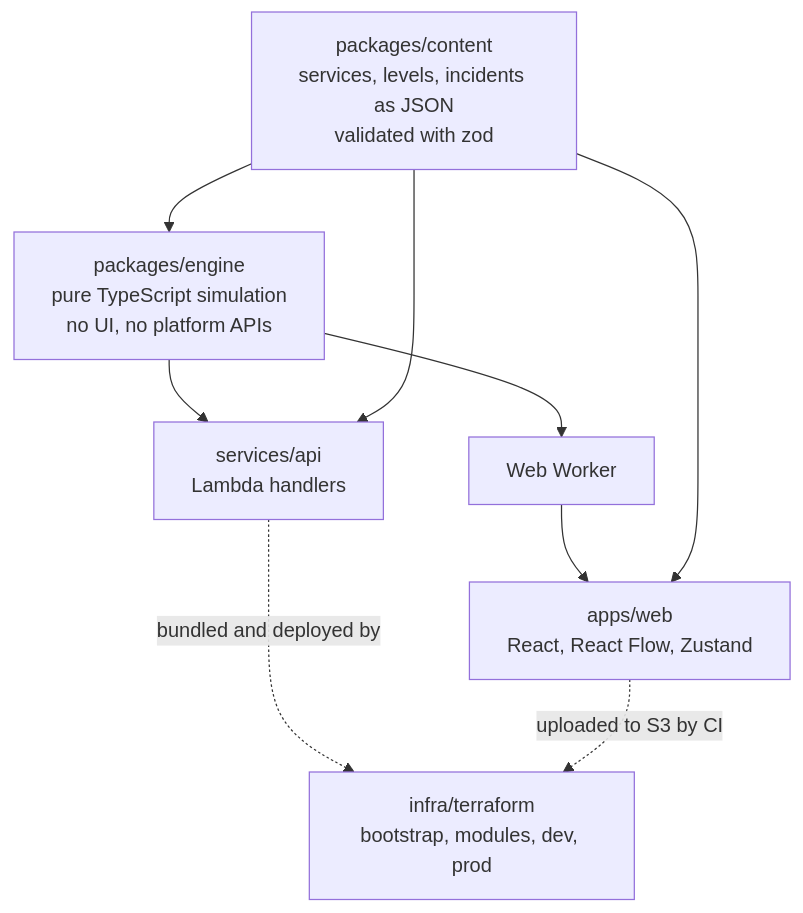
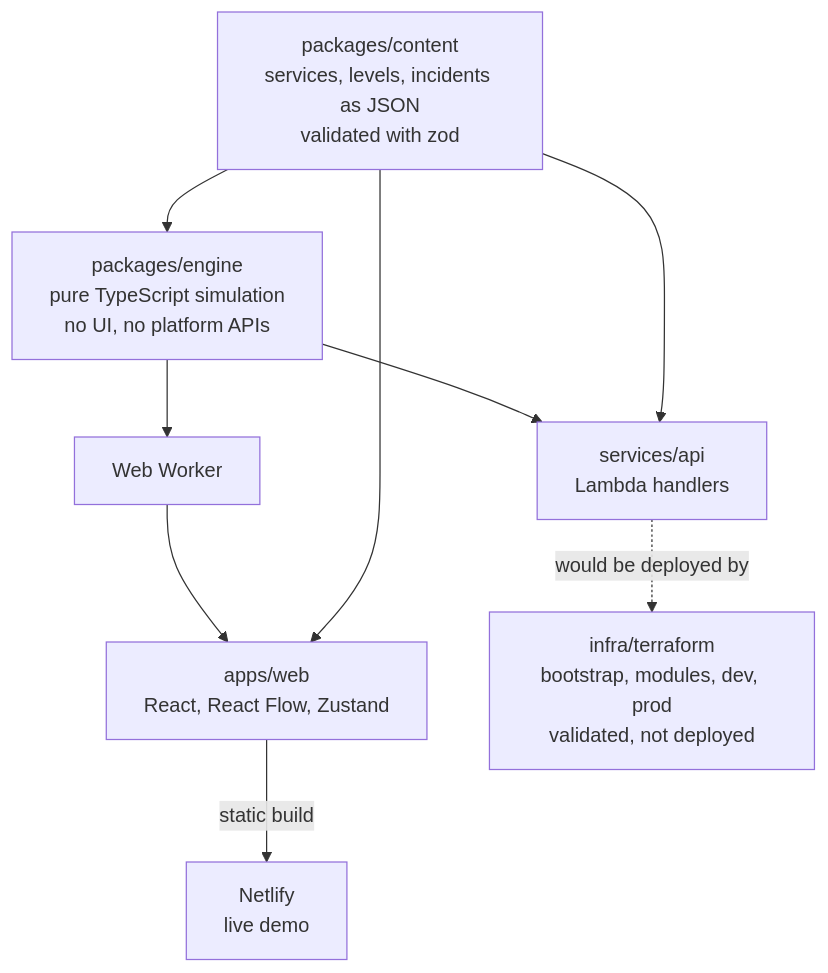
The second of 2 diagrams in README.md (rasal-ss/cloud-architect-game), drawn with Mermaid before and after one commit. The commit also changed other lines of this file, not shown here.

First line of the commit message:
docs: host the live demo on Netlify; mark AWS infrastructure as not deployed

````diff
--- a/README.md
+++ b/README.md
@@ -94,17 +99,18 @@
 ```mermaid
 flowchart TB
     content[packages/content<br/>services, levels, incidents as JSON<br/>validated with zod]
     engine[packages/engine<br/>pure TypeScript simulation<br/>no UI, no platform APIs]
     web[apps/web<br/>React, React Flow, Zustand]
     worker[Web Worker]
     api[services/api<br/>Lambda handlers]
-    infra[infra/terraform<br/>bootstrap, modules, dev, prod]
+    infra[infra/terraform<br/>bootstrap, modules, dev, prod<br/>validated, not deployed]
+    netlify[Netlify<br/>live demo]
 
     content --> engine
     engine --> worker --> web
     content --> web
     engine --> api
     content --> api
-    api -. bundled and deployed by .-> infra
-    web -. uploaded to S3 by CI .-> infra
+    web -->|static build| netlify
+    api -. would be deployed by .-> infra
 ```
````
